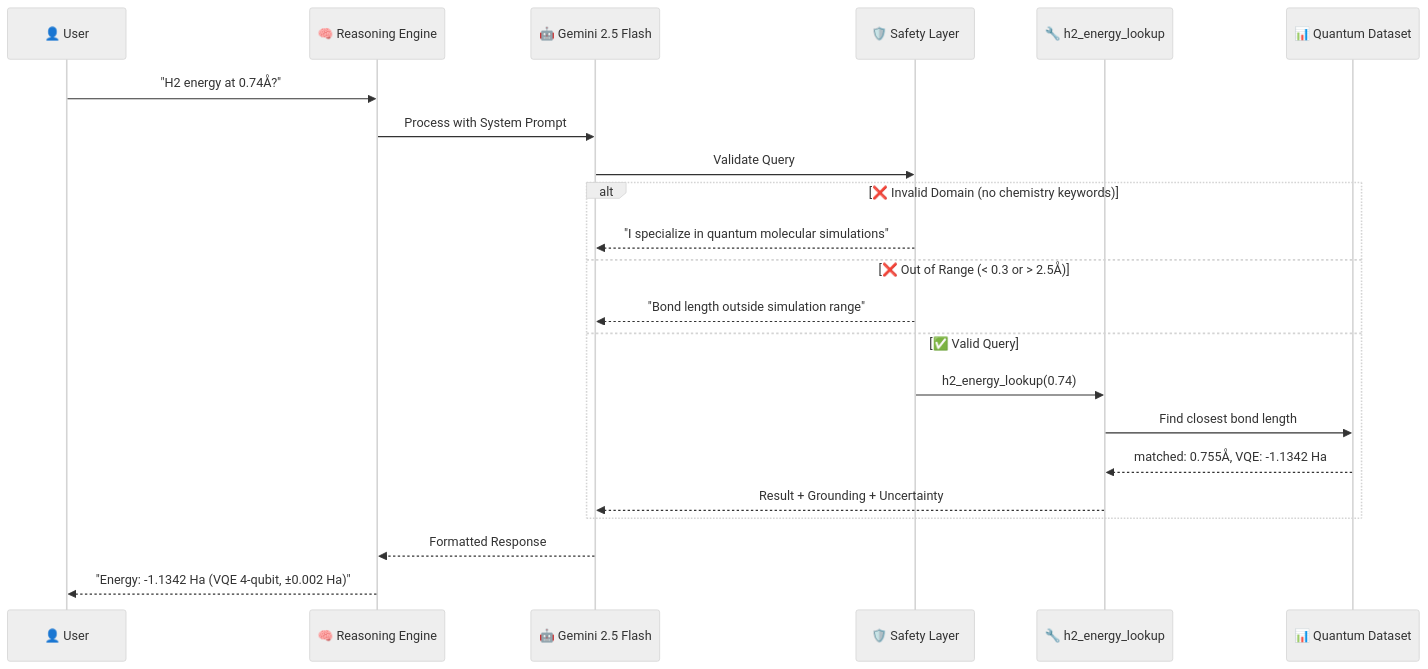
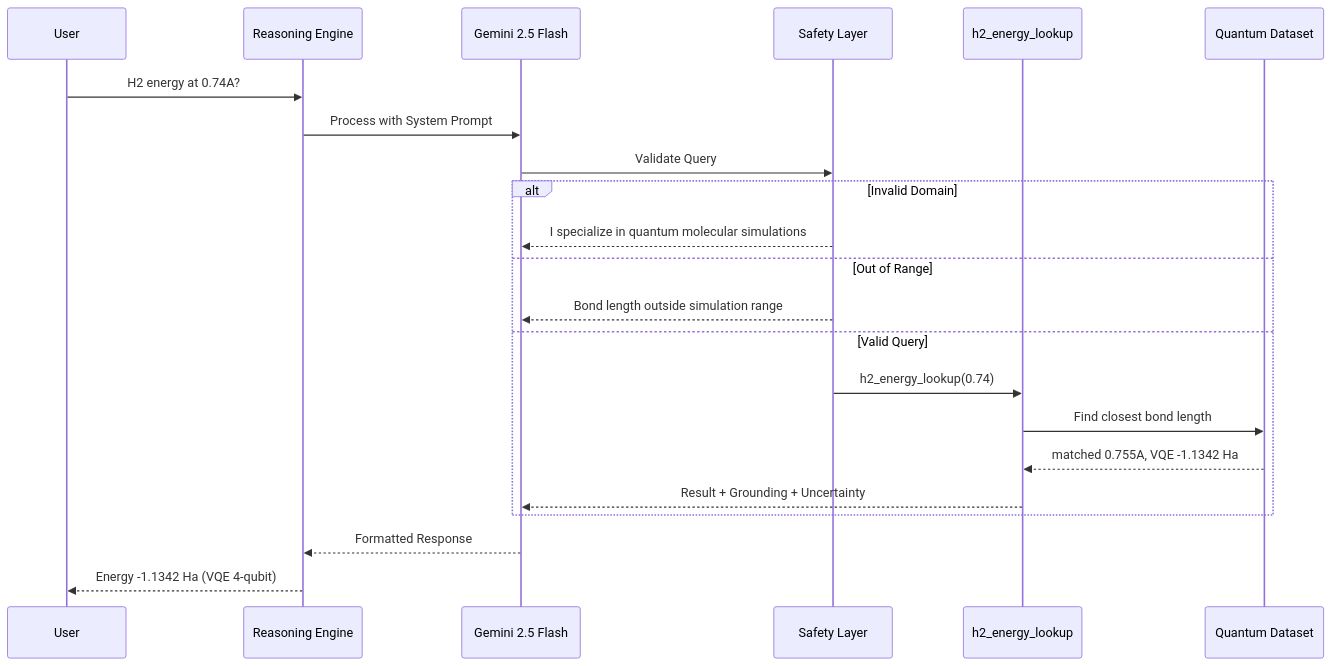
The second of 2 diagrams in README.md (shashankshekharraj/QuantumSynth_AI), drawn with Mermaid before and after one commit.

Commit message:
Fix sequence diagram - remove theme override for native GitHub light theme
Research shows GitHub handles Mermaid themes natively when no init block specified

````diff
--- a/README.md
+++ b/README.md
@@ -100,28 +100,27 @@
 ```mermaid
-%%{init: {'theme': 'neutral'}}%%
 sequenceDiagram
-    participant U as 👤 User
-    participant R as 🧠 Reasoning Engine
-    participant G as 🤖 Gemini 2.5 Flash
-    participant S as 🛡️ Safety Layer
-    participant T as 🔧 h2_energy_lookup
-    participant D as 📊 Quantum Dataset
+    participant U as User
+    participant R as Reasoning Engine
+    participant G as Gemini 2.5 Flash
+    participant S as Safety Layer
+    participant T as h2_energy_lookup
+    participant D as Quantum Dataset
 
-    U->>R: "H2 energy at 0.74Å?"
+    U->>R: H2 energy at 0.74A?
     R->>G: Process with System Prompt
     G->>S: Validate Query
 
-    alt ❌ Invalid Domain (no chemistry keywords)
-        S-->>G: "I specialize in quantum molecular simulations"
-    else ❌ Out of Range (< 0.3 or > 2.5Å)
-        S-->>G: "Bond length outside simulation range"
-    else ✅ Valid Query
+    alt Invalid Domain
+        S-->>G: I specialize in quantum molecular simulations
+    else Out of Range
+        S-->>G: Bond length outside simulation range
+    else Valid Query
         S->>T: h2_energy_lookup(0.74)
         T->>D: Find closest bond length
-        D-->>T: matched: 0.755Å, VQE: -1.1342 Ha
+        D-->>T: matched 0.755A, VQE -1.1342 Ha
         T-->>G: Result + Grounding + Uncertainty
     end
 
     G-->>R: Formatted Response
-    R-->>U: "Energy: -1.1342 Ha (VQE 4-qubit, ±0.002 Ha)"
+    R-->>U: Energy -1.1342 Ha (VQE 4-qubit)
 ```
````
